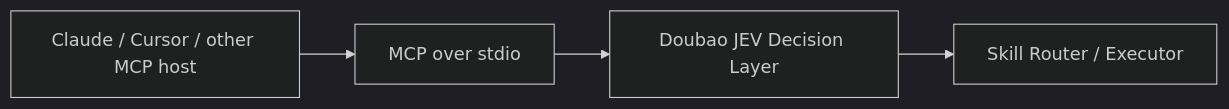
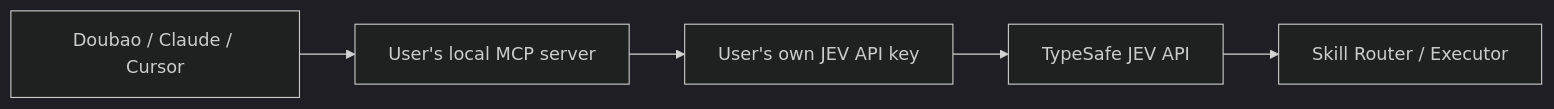
Before and after one commit to qinpei-dev/Doubao-jev-agent: the third of 3 diagrams in README.md, drawn with Mermaid (dark theme). The commit also changed other lines of this file and 9 other files, not shown here.

Commit message:
docs: clarify MCP API key usage model

````diff
--- a/README.md
+++ b/README.md
@@ -106,6 +108,7 @@
 ```mermaid
 flowchart LR
-    A[Claude / Cursor / other MCP host] --> M[MCP over stdio]
-    M --> J[Doubao JEV Decision Layer]
+    A[Doubao / Claude / Cursor] --> M[User's local MCP server]
+    M --> K[User's own JEV API key]
+    K --> J[TypeSafe JEV API]
     J --> R[Skill Router / Executor]
 ```
````
